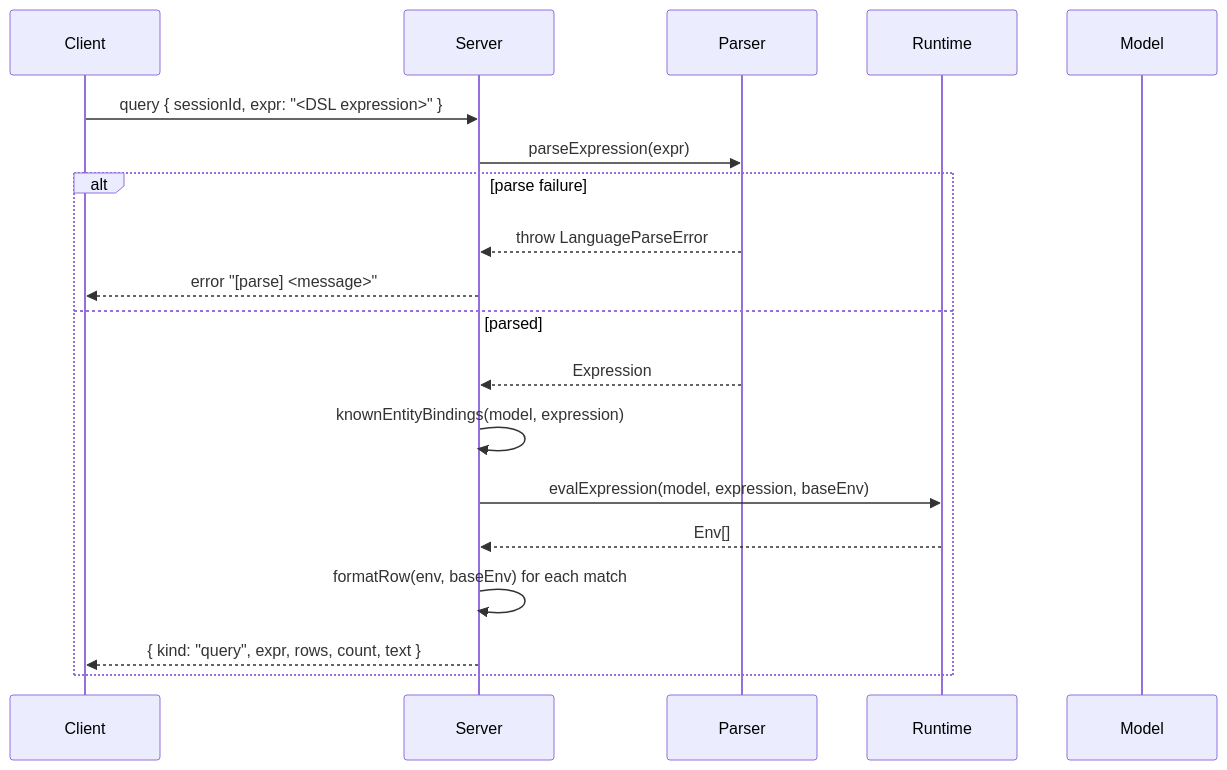
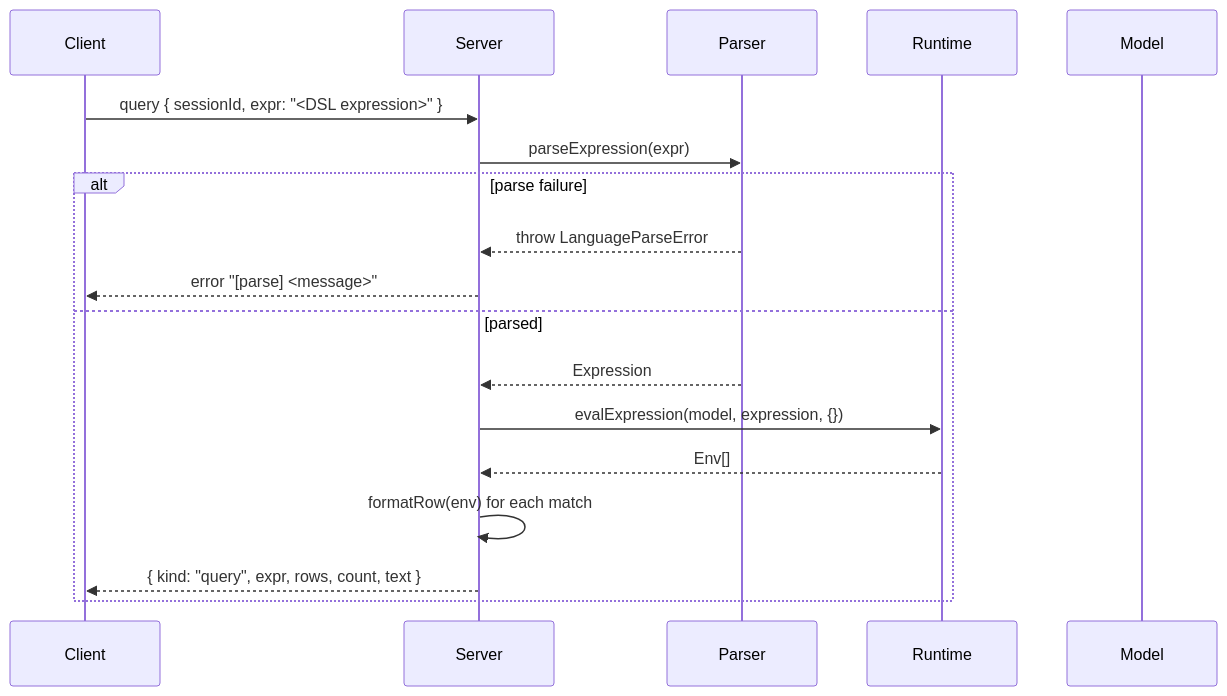
Before and after one commit to johnnyfs/qualms: the fifth of 12 diagrams in specs/protocol.md, drawn with Mermaid. The commit also changed other lines of this file and 11 other files, not shown here.

````diff
--- a/specs/protocol.md
+++ b/specs/protocol.md
@@ -136,22 +137,21 @@
 ```mermaid
 sequenceDiagram
   participant Client
   participant Server
   participant Parser
   participant Runtime
   participant Model
 
   Client->>Server: query { sessionId, expr: "<DSL expression>" }
   Server->>Parser: parseExpression(expr)
   alt parse failure
     Parser-->>Server: throw LanguageParseError
     Server-->>Client: error "[parse] <message>"
   else parsed
     Parser-->>Server: Expression
-    Server->>Server: knownEntityBindings(model, expression)
-    Server->>Runtime: evalExpression(model, expression, baseEnv)
+    Server->>Runtime: evalExpression(model, expression, {})
     Runtime-->>Server: Env[]
-    Server->>Server: formatRow(env, baseEnv) for each match
+    Server->>Server: formatRow(env) for each match
     Server-->>Client: { kind: "query", expr, rows, count, text }
   end
 ```
````
